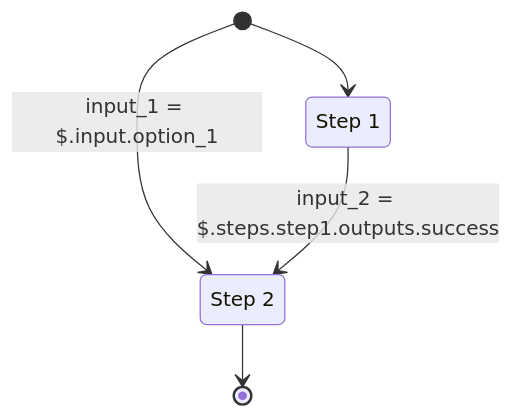
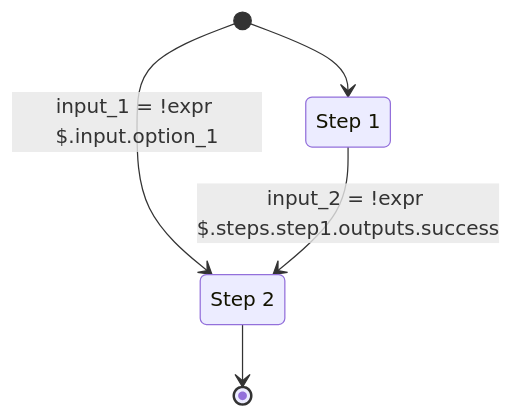
Before and after one commit to arcalot/arcalot.github.io: the seventh of 17 diagrams in docs/arcaflow/concepts/workflows.md, drawn with Mermaid. The commit also changed other lines of this file and 1 other file, not shown here.

````diff
--- a/docs/arcaflow/concepts/workflows.md
+++ b/docs/arcaflow/concepts/workflows.md
@@ -89,9 +89,9 @@
 ```mermaid
 stateDiagram-v2
   Step1: Step 1
   Step2: Step 2
   [*] --> Step1
-  [*] --> Step2: input_1 = $.input.option_1
-  Step1 --> Step2: input_2 = $.steps.step1.outputs.success
+  [*] --> Step2: input_1 = !expr $.input.option_1
+  Step1 --> Step2: input_2 = !expr $.steps.step1.outputs.success
   Step2 --> [*]
 ```
````
